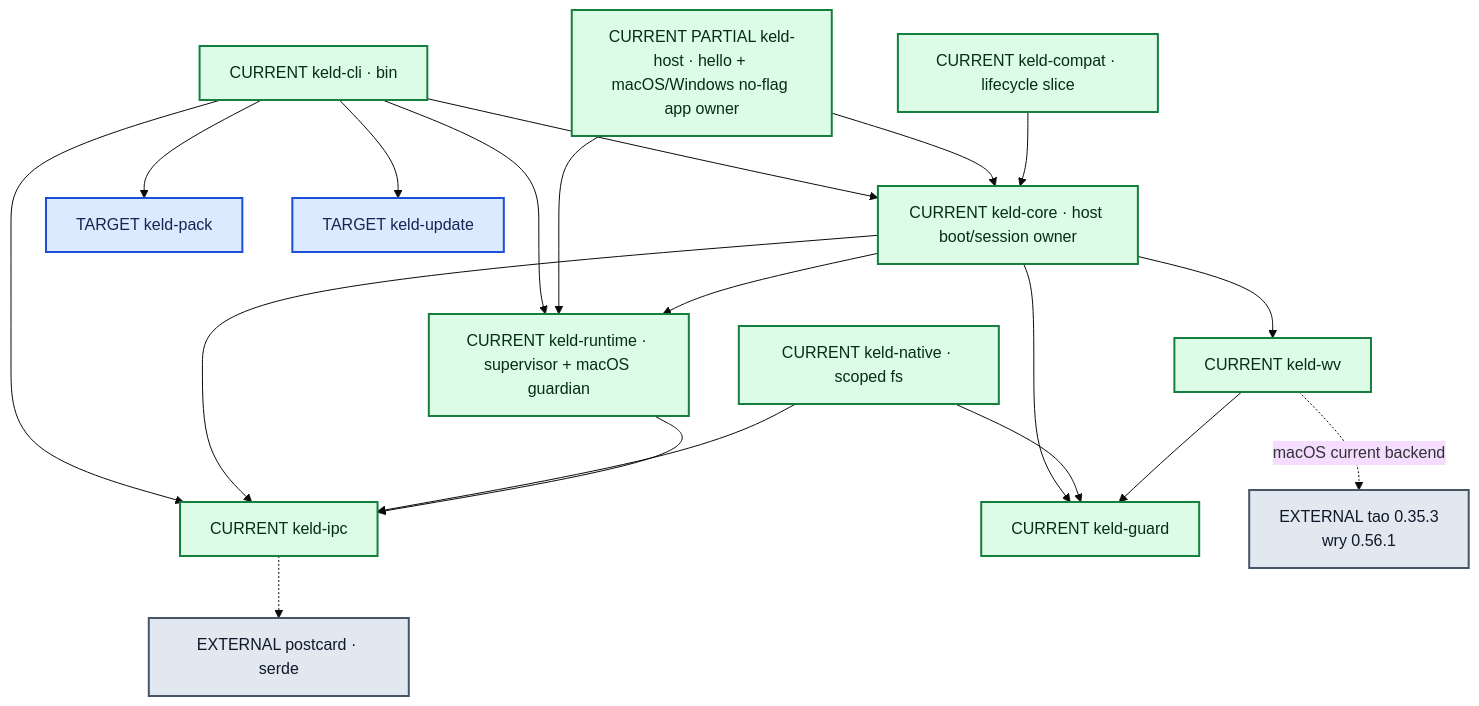
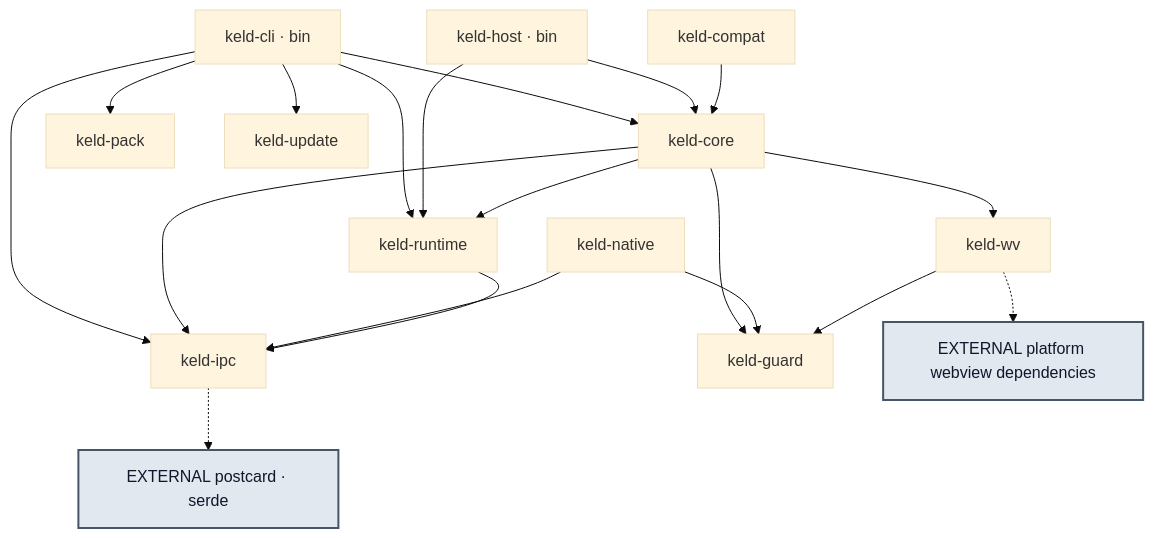
Before and after one commit to gyldlab/keld: the third of 3 diagrams in docs/onboarding/02-architecture-guide.md, drawn with Mermaid (base theme). The commit also changed other lines of this file and 40 other files, not shown here.

First line of the commit message:
docs(status): add canonical tracked product ledger (#136)

````diff
--- a/docs/onboarding/02-architecture-guide.md
+++ b/docs/onboarding/02-architecture-guide.md
@@ -336,38 +336,35 @@
 ```mermaid
 flowchart TD
-    accTitle: Current Keld crate dependency graph
+    accTitle: Declared Keld crate dependency graph
     accDescr {
-      The diagram shows current declared workspace dependencies. Green current nodes
-      have live behavior, blue target nodes remain skeletons or are not yet reached by
-      the host; the graph is an onboarding map, not a product-completeness claim.
+      The diagram shows declared workspace dependency direction. It does not encode
+      maturity or product completion; those classifications live in the status ledger.
     }
 
-    cli["CURRENT keld-cli · bin"] --> core
+    cli["keld-cli · bin"] --> core
     cli --> ipc
     cli --> runtime
-    cli --> pack["TARGET keld-pack"]
-    cli --> update["TARGET keld-update"]
-    host["CURRENT PARTIAL keld-host · hello + macOS/Windows no-flag app owner"] --> core
+    cli --> pack["keld-pack"]
+    cli --> update["keld-update"]
+    host["keld-host · bin"] --> core
     host --> runtime
-    compat["CURRENT keld-compat · lifecycle slice"] --> core
-    core["CURRENT keld-core · host boot/session owner"] --> ipc["CURRENT keld-ipc"]
-    core --> guard["CURRENT keld-guard"]
+    compat["keld-compat"] --> core
+    core["keld-core"] --> ipc["keld-ipc"]
+    core --> guard["keld-guard"]
     core --> runtime
-    core --> wv["CURRENT keld-wv"]
-    native["CURRENT keld-native · scoped fs"] --> guard
+    core --> wv["keld-wv"]
+    native["keld-native"] --> guard
     native --> ipc
-    runtime["CURRENT keld-runtime · supervisor + macOS guardian"] --> ipc
+    runtime["keld-runtime"] --> ipc
     wv --> guard
-    wv -.->|macOS current backend| ext["EXTERNAL tao 0.35.3<br/>wry 0.56.1"]
+    wv -.-> ext["EXTERNAL platform webview dependencies"]
     ipc -.-> pc["EXTERNAL postcard · serde"]
 
     classDef current fill:#dcfce7,stroke:#15803d,color:#052e16,stroke-width:2px
     classDef target fill:#dbeafe,stroke:#1d4ed8,color:#172554,stroke-width:2px
     classDef showcase fill:#f3e8ff,stroke:#7e22ce,color:#3b0764,stroke-width:2px,stroke-dasharray:5 3
     classDef gate fill:#fef3c7,stroke:#b45309,color:#451a03,stroke-width:2px
     classDef external fill:#e2e8f0,stroke:#475569,color:#0f172a,stroke-width:2px
     classDef denied fill:#fee2e2,stroke:#b91c1c,color:#450a0a,stroke-width:2px
-    class cli,compat,core,ipc,guard,wv,native,runtime,host current
-    class pack,update target
     class ext,pc external
 ```
````
